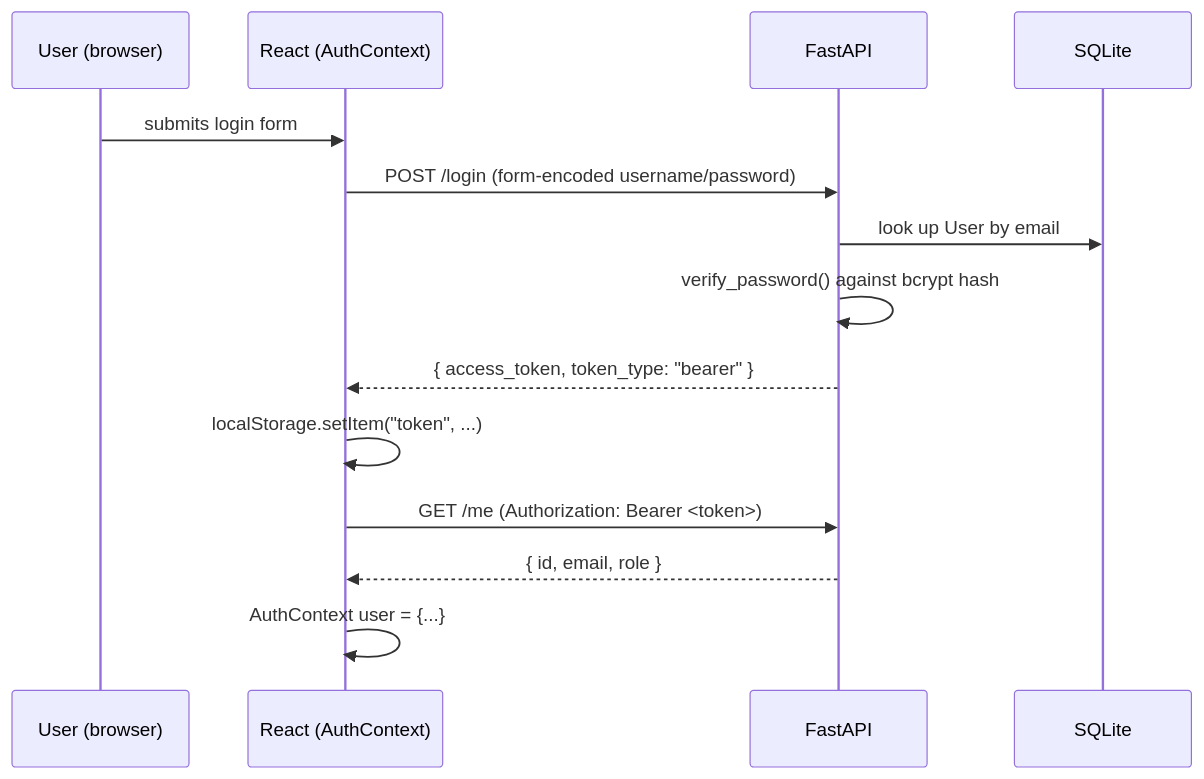
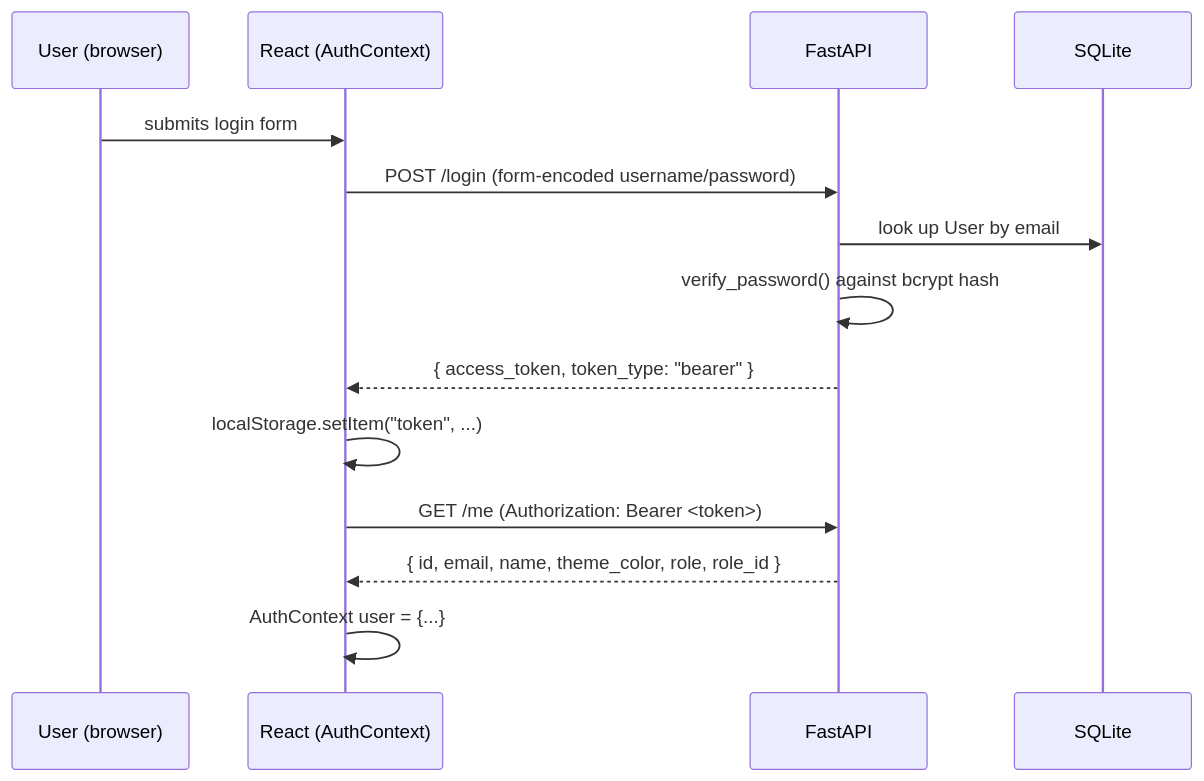
Before and after one commit to MarvinMosiCoder/vram-py: the second of 3 diagrams in docs/ARCHITECTURE.md, drawn with Mermaid. The commit also changed other lines of this file and 31 other files, not shown here.

````diff
--- a/docs/ARCHITECTURE.md
+++ b/docs/ARCHITECTURE.md
@@ -73,17 +95,17 @@
 ```mermaid
 sequenceDiagram
     participant U as User (browser)
     participant FE as React (AuthContext)
     participant BE as FastAPI
     participant DB as SQLite
 
     U->>FE: submits login form
     FE->>BE: POST /login (form-encoded username/password)
     BE->>DB: look up User by email
     BE->>BE: verify_password() against bcrypt hash
     BE-->>FE: { access_token, token_type: "bearer" }
     FE->>FE: localStorage.setItem("token", ...)
     FE->>BE: GET /me  (Authorization: Bearer <token>)
-    BE-->>FE: { id, email, role }
+    BE-->>FE: { id, email, name, theme_color, role, role_id }
     FE->>FE: AuthContext user = {...}
 ```
````
